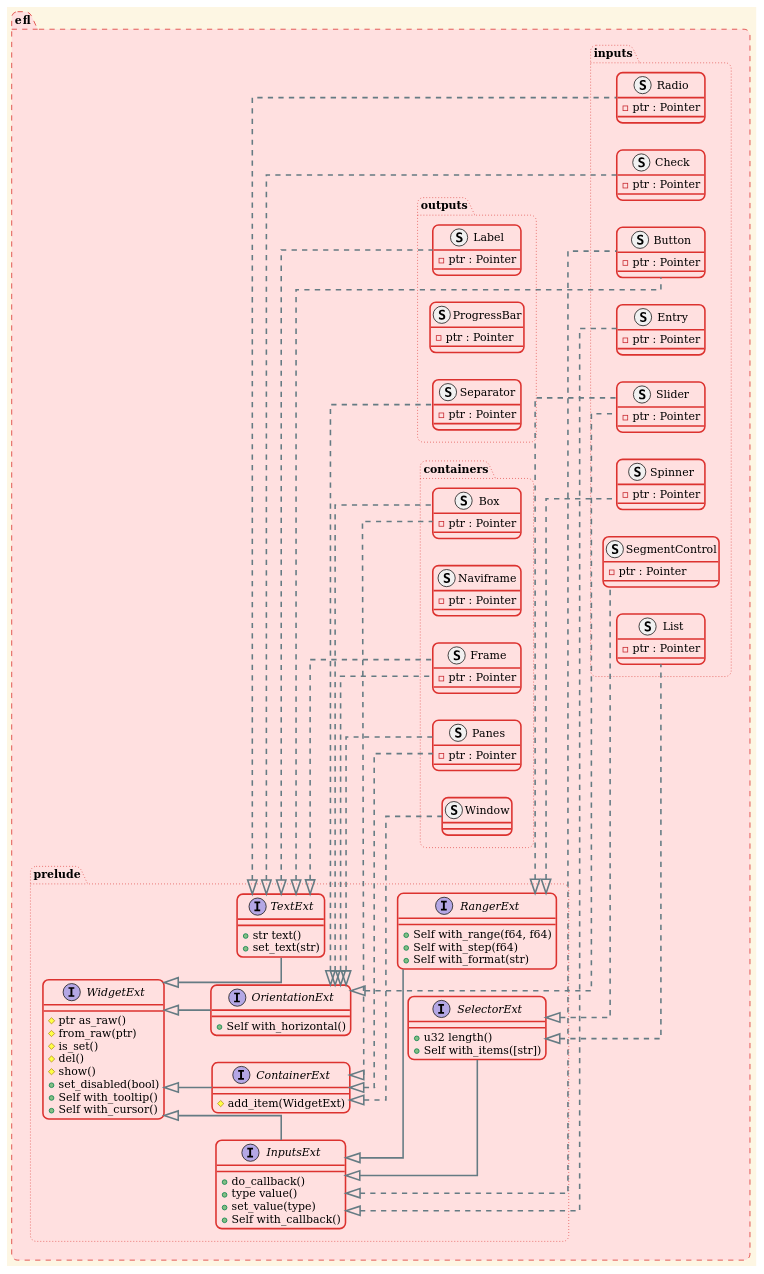
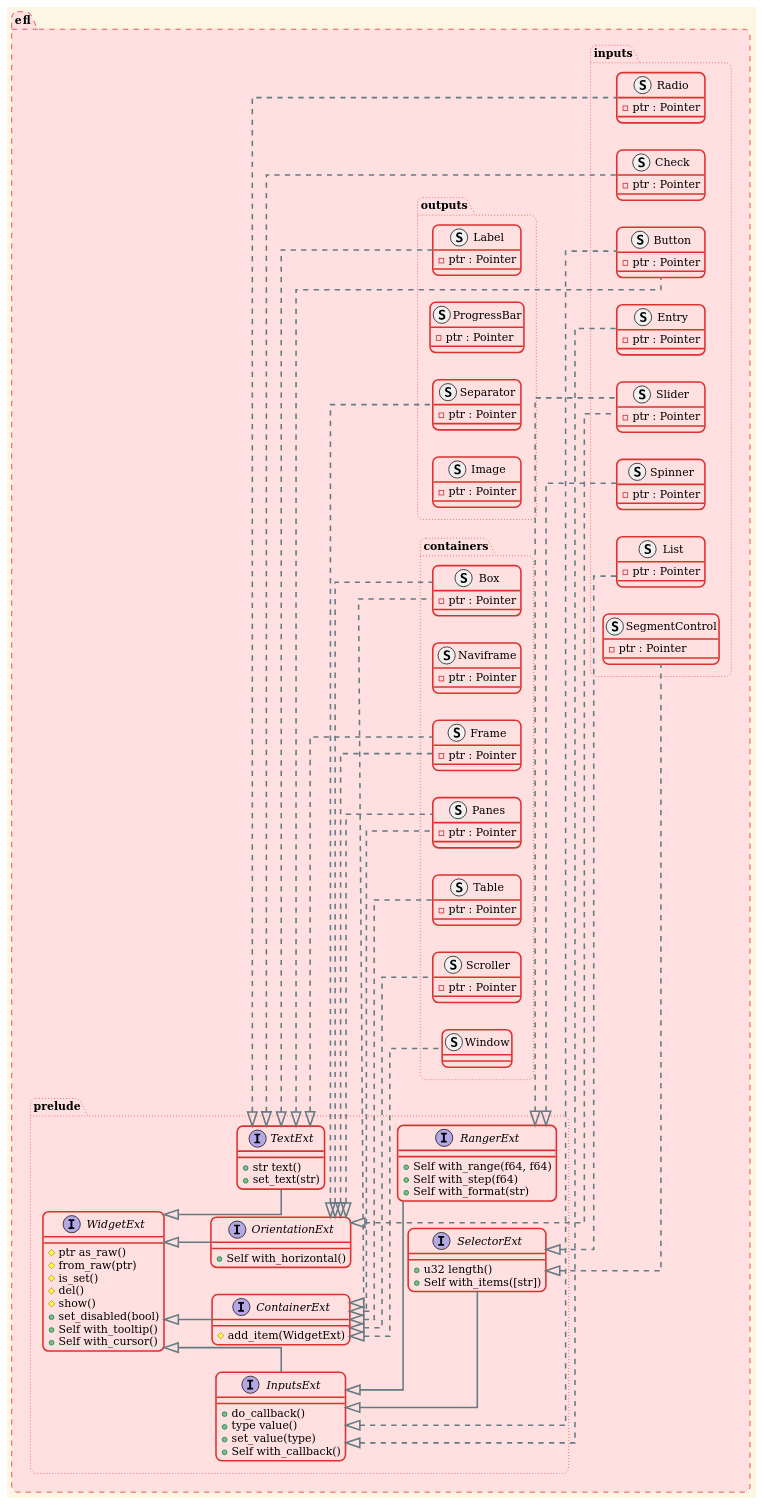
The diagram in README.md (theavege/efl-rs), drawn with PlantUML before and after one commit. The commit also changed other lines of this file and 7 other files, not shown here.

First line of the commit message:
Add Table, Scroller, and Image widgets (#43)

```diff
--- a/README.md
+++ b/README.md
@@ -87,6 +90,12 @@
         struct Panes {
             -ptr : Pointer
         }
+        struct Table {
+            -ptr : Pointer
+        }
+        struct Scroller {
+            -ptr : Pointer
+        }
     }
     package outputs #line.dotted {
         struct Label {
@@ -96,6 +105,9 @@
             -ptr : Pointer
         }
         struct Separator {
+            -ptr : Pointer
+        }
+        struct Image {
             -ptr : Pointer
         }
     }
@@ -182,6 +194,8 @@
     struct containers.Panes implements prelude.OrientationExt
 
     struct containers.Window implements prelude.ContainerExt
+    struct containers.Table implements prelude.ContainerExt
+    struct containers.Scroller implements prelude.ContainerExt
 
     struct inputs.Button implements prelude.TextExt
     struct inputs.Check implements prelude.TextExt
```
